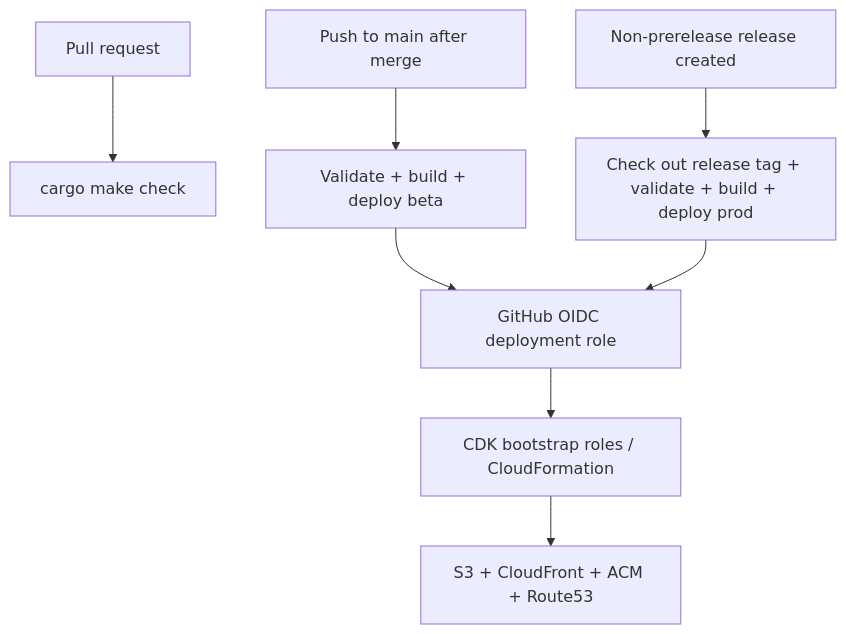
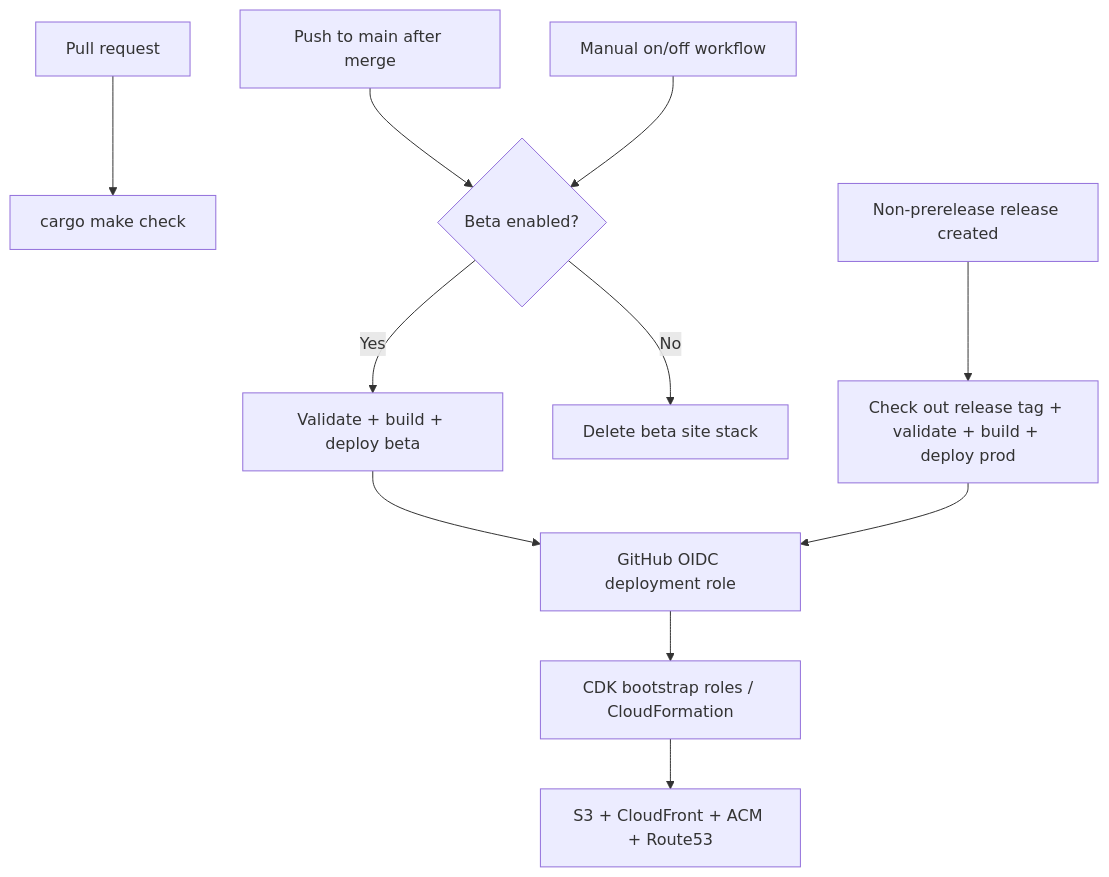
Before and after one commit to polis-interactive/linktree: the second of 2 diagrams in docs/architecture.md, drawn with Mermaid. The commit also changed other lines of this file and 23 other files, not shown here.

Commit message:
Beta: initial deploy (#1)

````diff
--- a/docs/architecture.md
+++ b/docs/architecture.md
@@ -49,10 +49,13 @@
 ```mermaid
 flowchart TD
     PR[Pull request] --> Check[cargo make check]
-    Main[Push to main after merge] --> Beta[Validate + build + deploy beta]
+    Main[Push to main after merge] --> State{Beta enabled?}
+    Toggle[Manual on/off workflow] --> State
+    State -->|Yes| Beta[Validate + build + deploy beta]
+    State -->|No| Remove[Delete beta site stack]
     Release[Non-prerelease release created] --> Prod[Check out release tag + validate + build + deploy prod]
     Beta --> OIDC[GitHub OIDC deployment role]
     Prod --> OIDC
     OIDC --> CDK[CDK bootstrap roles / CloudFormation]
     CDK --> Hosting[S3 + CloudFront + ACM + Route53]
 ```
````
